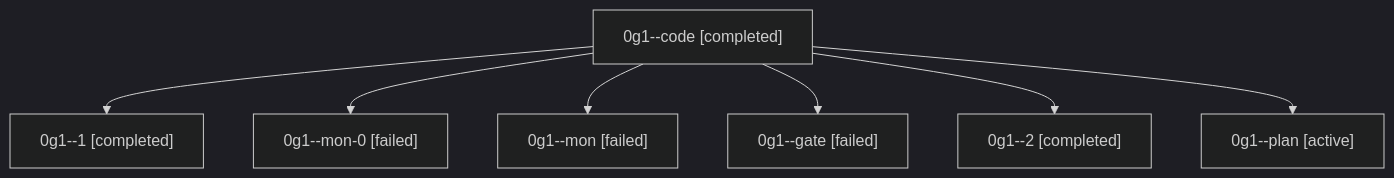
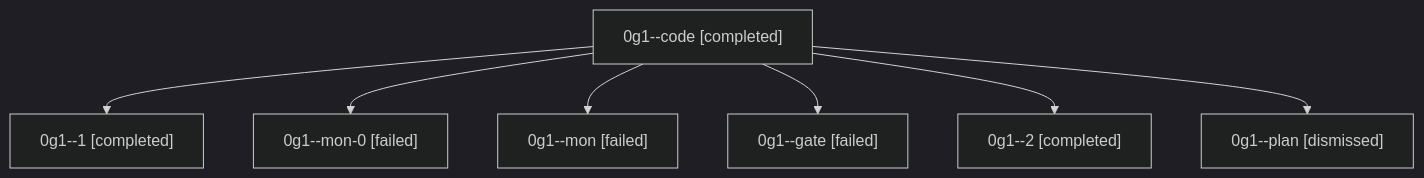
Before and after one commit to sase-org/sase--agents: the diagram in sessions/bbugyi200.athena.0g1.md, drawn with Mermaid (dark theme). The commit also changed other lines of this file and 37 other files, not shown here.

````diff
--- a/sessions/bbugyi200.athena.0g1.md
+++ b/sessions/bbugyi200.athena.0g1.md
@@ -9,16 +9,16 @@
 ```mermaid
 flowchart TD
   n0["0g1--code [completed]"]
   n1["0g1--1 [completed]"]
   n0 --> n1
   n2["0g1--mon-0 [failed]"]
   n0 --> n2
   n3["0g1--mon [failed]"]
   n0 --> n3
   n4["0g1--gate [failed]"]
   n0 --> n4
   n5["0g1--2 [completed]"]
   n0 --> n5
-  n6["0g1--plan [active]"]
+  n6["0g1--plan [dismissed]"]
   n0 --> n6
 ```
````
